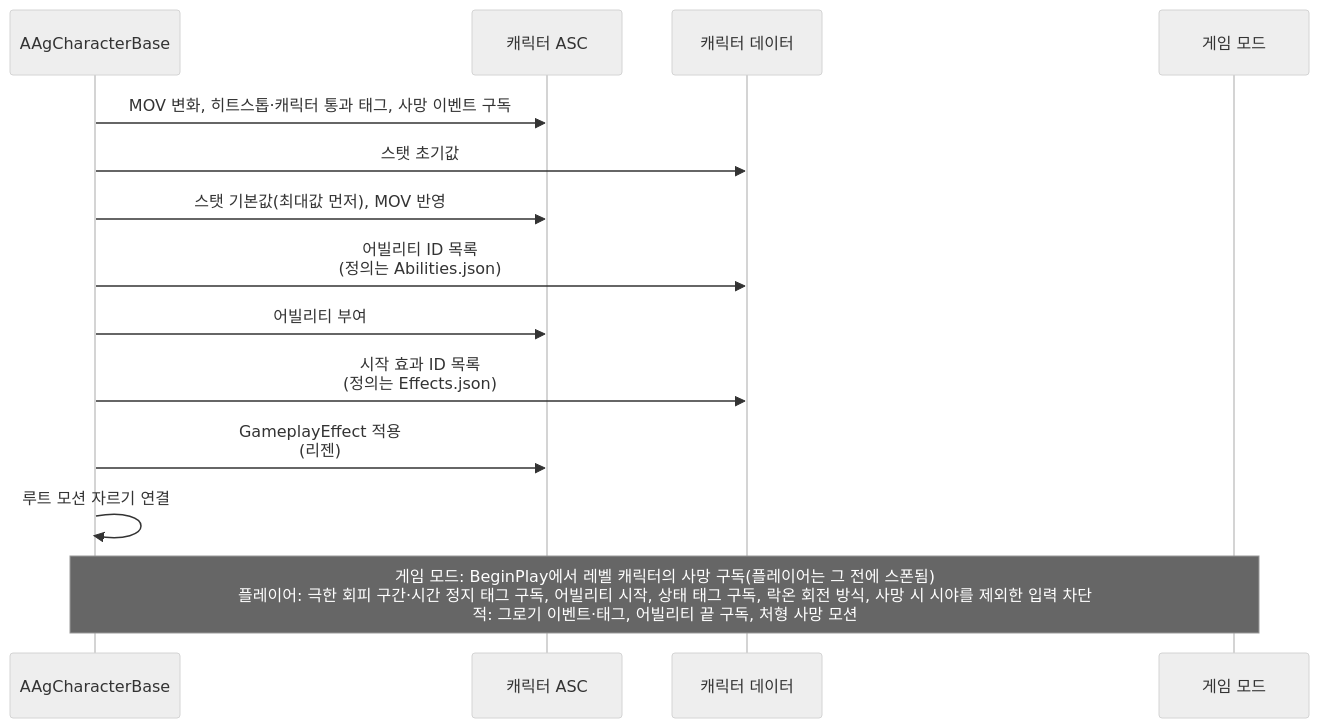
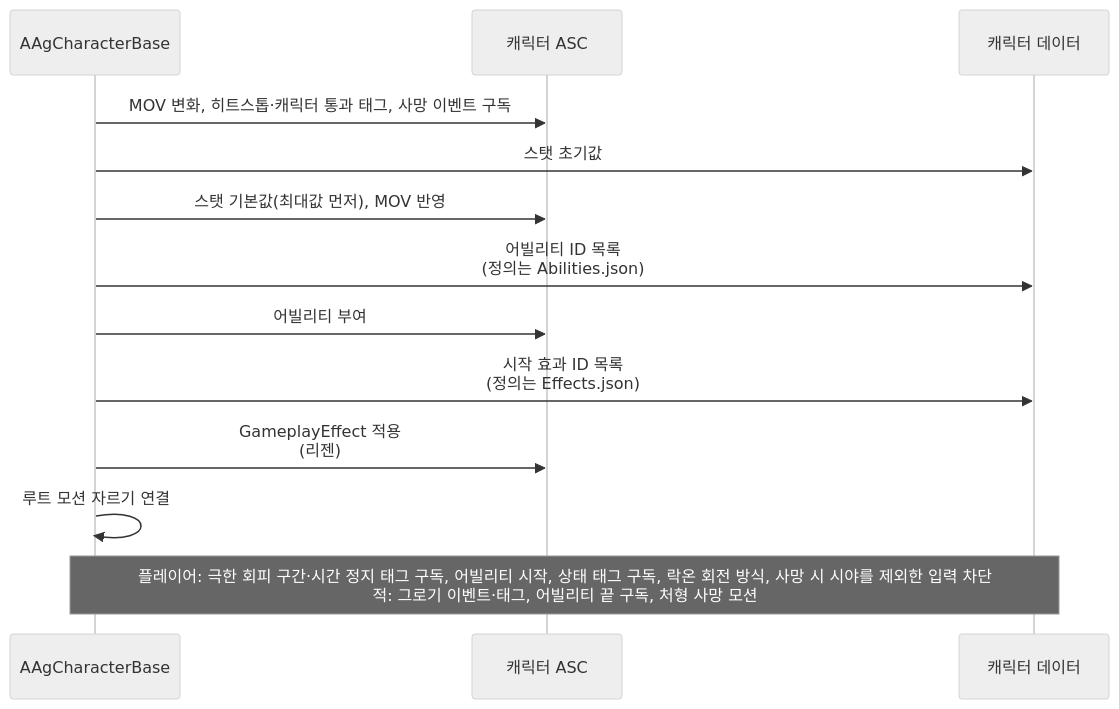
One commit to Woogl/Ag changed the fourth of 6 diagrams in Docs/Architecture/캐릭터 기반 구조와 GAS.md. Above: the diagram before and after it, drawn with Mermaid (neutral theme). The commit also changed other lines of this file and 13 other files, not shown here.

````diff
--- a/Docs/Architecture/캐릭터 기반 구조와 GAS.md
+++ b/Docs/Architecture/캐릭터 기반 구조와 GAS.md
@@ -227,16 +227,15 @@
 ```mermaid
 sequenceDiagram
     participant C as AAgCharacterBase
     participant ASC as 캐릭터 ASC
     participant D as 캐릭터 데이터
-    participant GM as 게임 모드
     C->>ASC: MOV 변화, 히트스톱·캐릭터 통과 태그, 사망 이벤트 구독
     C->>D: 스탯 초기값
     C->>ASC: 스탯 기본값(최대값 먼저), MOV 반영
     C->>D: 어빌리티 ID 목록<br>(정의는 Abilities.json)
     C->>ASC: 어빌리티 부여
     C->>D: 시작 효과 ID 목록<br>(정의는 Effects.json)
     C->>ASC: GameplayEffect 적용<br>(리젠)
     C->>C: 루트 모션 자르기 연결
-    Note over C,GM: 게임 모드: BeginPlay에서 레벨 캐릭터의 사망 구독(플레이어는 그 전에 스폰됨)<br>플레이어: 극한 회피 구간·시간 정지 태그 구독, 어빌리티 시작, 상태 태그 구독, 락온 회전 방식, 사망 시 시야를 제외한 입력 차단<br>적: 그로기 이벤트·태그, 어빌리티 끝 구독, 처형 사망 모션
+    Note over C,D: 플레이어: 극한 회피 구간·시간 정지 태그 구독, 어빌리티 시작, 상태 태그 구독, 락온 회전 방식, 사망 시 시야를 제외한 입력 차단<br>적: 그로기 이벤트·태그, 어빌리티 끝 구독, 처형 사망 모션
 ```
````
